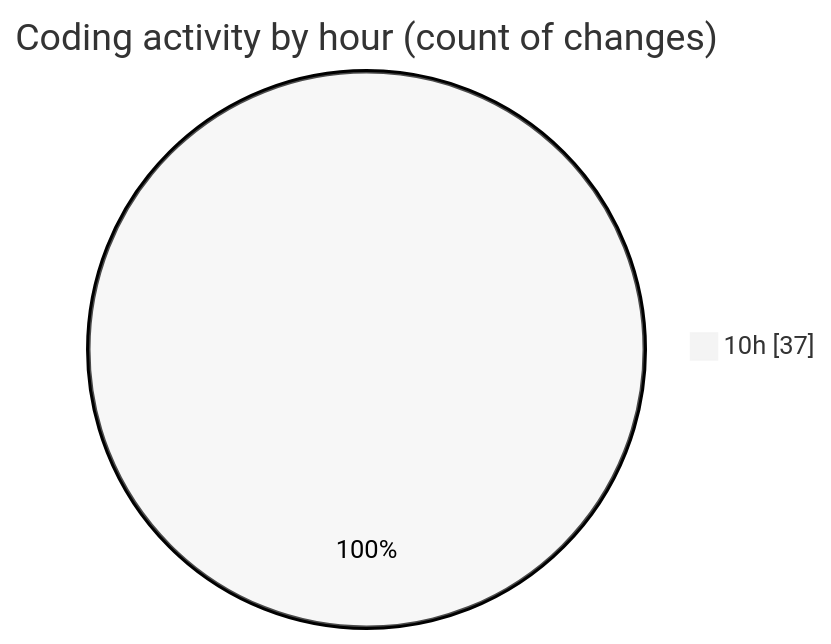
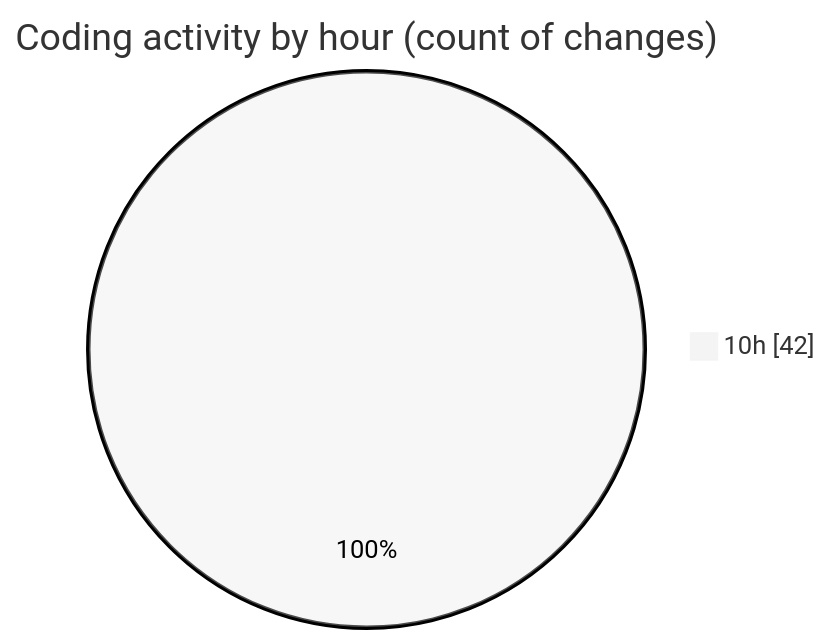
One commit to nxtqubesakshisongat/code-tracking changed the second of 2 diagrams in 2025-08-04/nxtqube_webapp/README.md. Above: the diagram before and after it, drawn with Mermaid (neutral theme). The commit also changed other lines of this file and 1 other file, not shown here.

````diff
--- a/2025-08-04/nxtqube_webapp/README.md
+++ b/2025-08-04/nxtqube_webapp/README.md
@@ -32,5 +33,5 @@
 ```mermaid
 pie showData
 title Coding activity by hour (count of changes)
-"10h" : 37
+"10h" : 42
 ```
````
